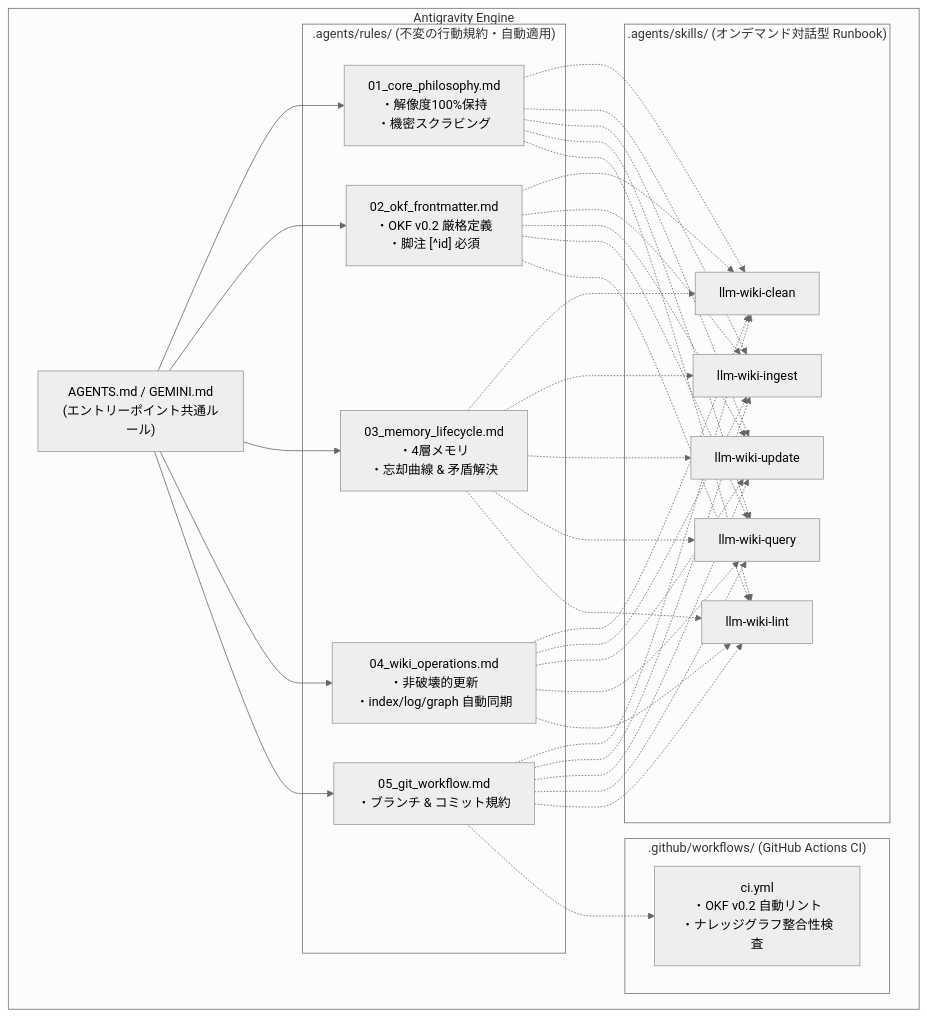
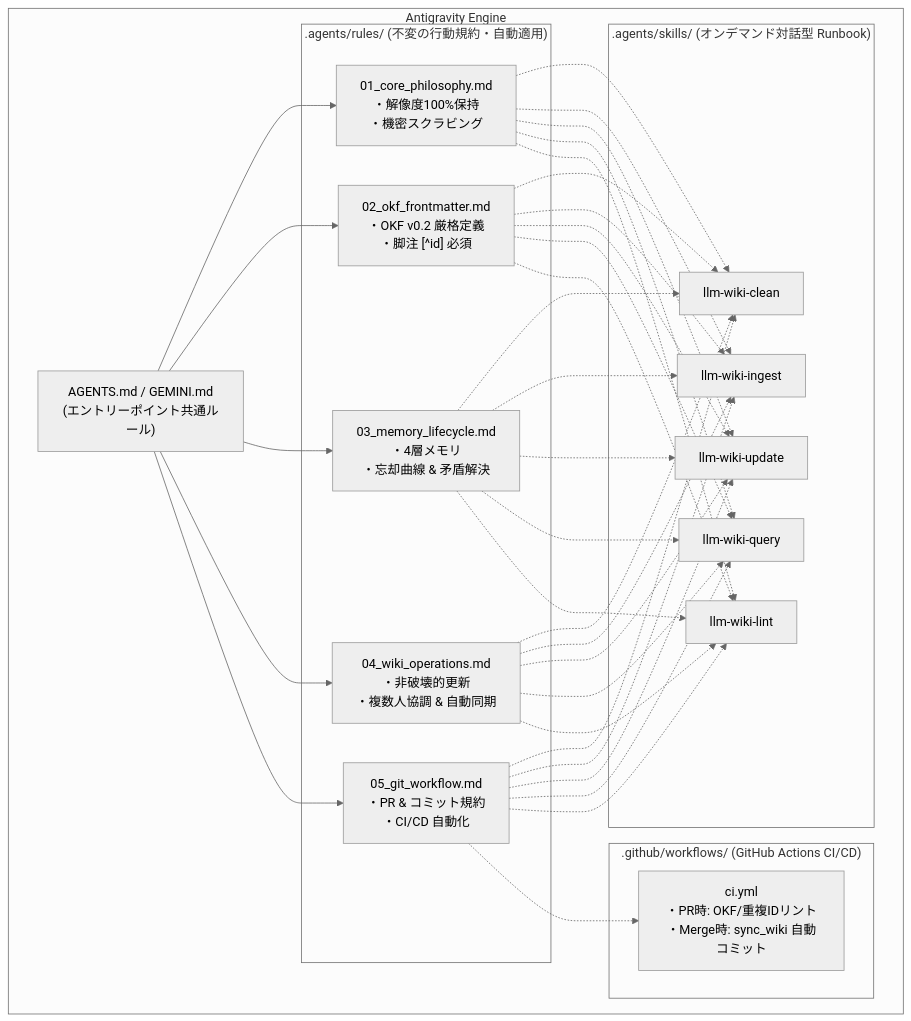
The second of 2 diagrams in README.md (slee-pasonatquila/llmwiki), drawn with Mermaid (neutral theme) before and after one commit. The commit also changed other lines of this file and 24 other files, not shown here.

First line of the commit message:
docs: update wiki operations and git workflow for multi-user sync

````diff
--- a/README.md
+++ b/README.md
@@ -128,30 +147,30 @@
 ```mermaid
 flowchart TD
     subgraph Antigravity Engine
         AG["AGENTS.md / GEMINI.md<br/>(エントリーポイント共通ルール)"]
         
         subgraph ".agents/rules/ (不変の行動規約・自動適用)"
             R1["01_core_philosophy.md<br/>・解像度100%保持<br/>・機密スクラビング"]
             R2["02_okf_frontmatter.md<br/>・OKF v0.2 厳格定義<br/>・脚注 [^id] 必須"]
             R3["03_memory_lifecycle.md<br/>・4層メモリ<br/>・忘却曲線 & 矛盾解決"]
-            R4["04_wiki_operations.md<br/>・非破壊的更新<br/>・index/log/graph 自動同期"]
-            R5["05_git_workflow.md<br/>・ブランチ & コミット規約"]
+            R4["04_wiki_operations.md<br/>・非破壊的更新<br/>・複数人協調 & 自動同期"]
+            R5["05_git_workflow.md<br/>・PR & コミット規約<br/>・CI/CD 自動化"]
         end
         
         subgraph ".agents/skills/ (オンデマンド対話型 Runbook)"
             S1["llm-wiki-clean"]
             S2["llm-wiki-ingest"]
             S3["llm-wiki-update"]
             S4["llm-wiki-query"]
             S5["llm-wiki-lint"]
         end
 
-        subgraph ".github/workflows/ (GitHub Actions CI)"
-            CI["ci.yml<br/>・OKF v0.2 自動リント<br/>・ナレッジグラフ整合性検査"]
+        subgraph ".github/workflows/ (GitHub Actions CI/CD)"
+            CI["ci.yml<br/>・PR時: OKF/重複IDリント<br/>・Merge時: sync_wiki 自動コミット"]
         end
 
         AG --> R1 & R2 & R3 & R4 & R5
         R1 & R2 & R3 & R4 & R5 -.-> S1 & S2 & S3 & S4 & S5
         R5 -.-> CI
     end
 ```
````
